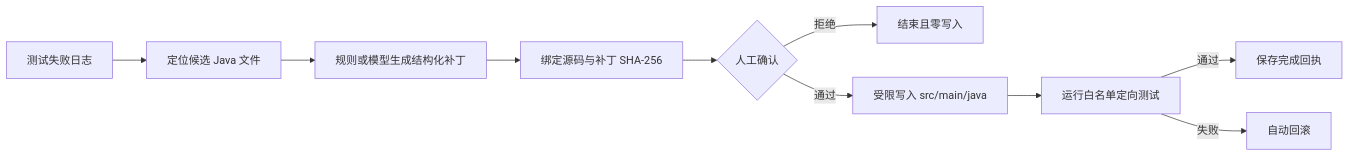
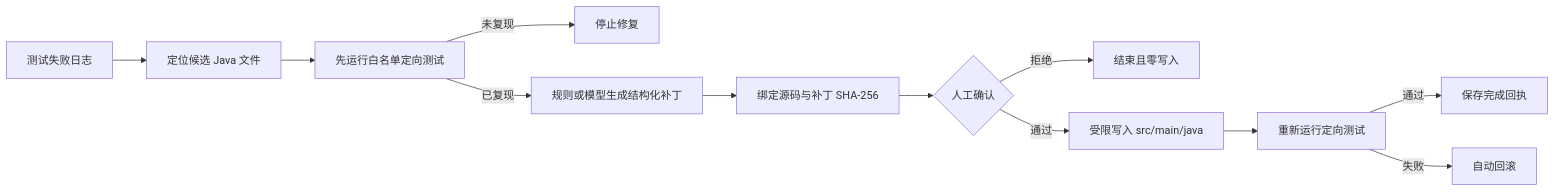
One commit to xypw/tracepilot changed the diagram in README.md. Above: the diagram before and after it, drawn with Mermaid. The commit also changed other lines of this file and 13 other files, not shown here.

````diff
--- a/README.md
+++ b/README.md
@@ -17,12 +17,14 @@
 ```mermaid
 flowchart LR
     A[测试失败日志] --> B[定位候选 Java 文件]
-    B --> C[规则或模型生成结构化补丁]
-    C --> D[绑定源码与补丁 SHA-256]
-    D --> E{人工确认}
-    E -- 拒绝 --> F[结束且零写入]
-    E -- 通过 --> G[受限写入 src/main/java]
-    G --> H[运行白名单定向测试]
-    H -- 通过 --> I[保存完成回执]
-    H -- 失败 --> J[自动回滚]
+    B --> C[先运行白名单定向测试]
+    C -- 未复现 --> K[停止修复]
+    C -- 已复现 --> D[规则或模型生成结构化补丁]
+    D --> E[绑定源码与补丁 SHA-256]
+    E --> F{人工确认}
+    F -- 拒绝 --> G[结束且零写入]
+    F -- 通过 --> H[受限写入 src/main/java]
+    H --> I[重新运行定向测试]
+    I -- 通过 --> J[保存完成回执]
+    I -- 失败 --> L[自动回滚]
 ```
````
